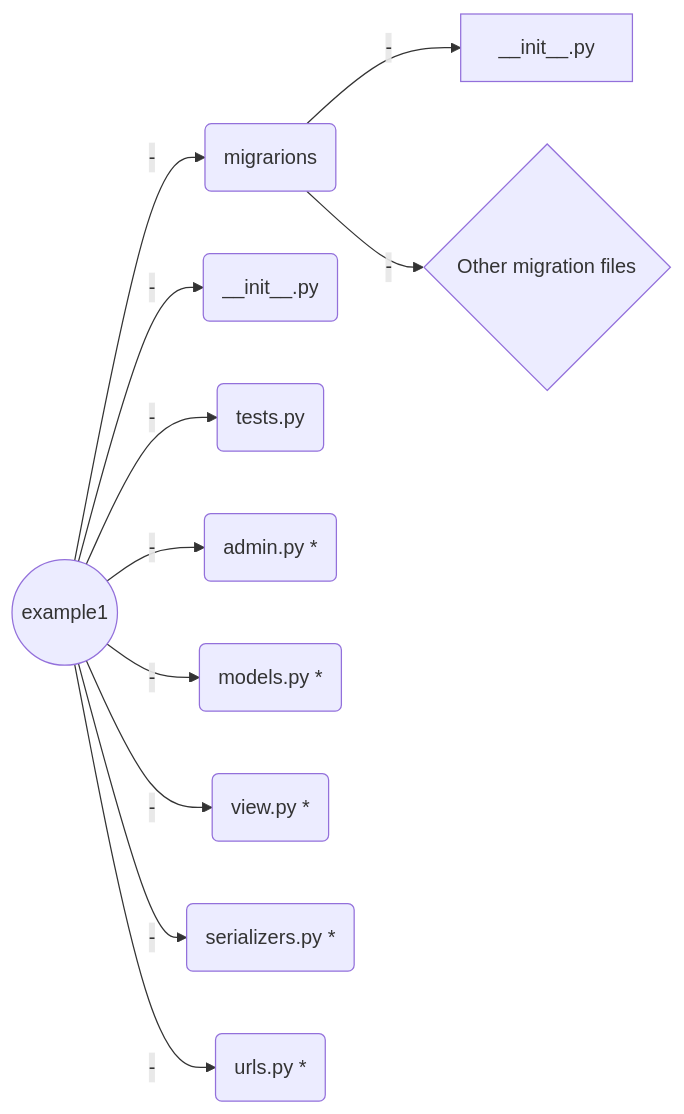
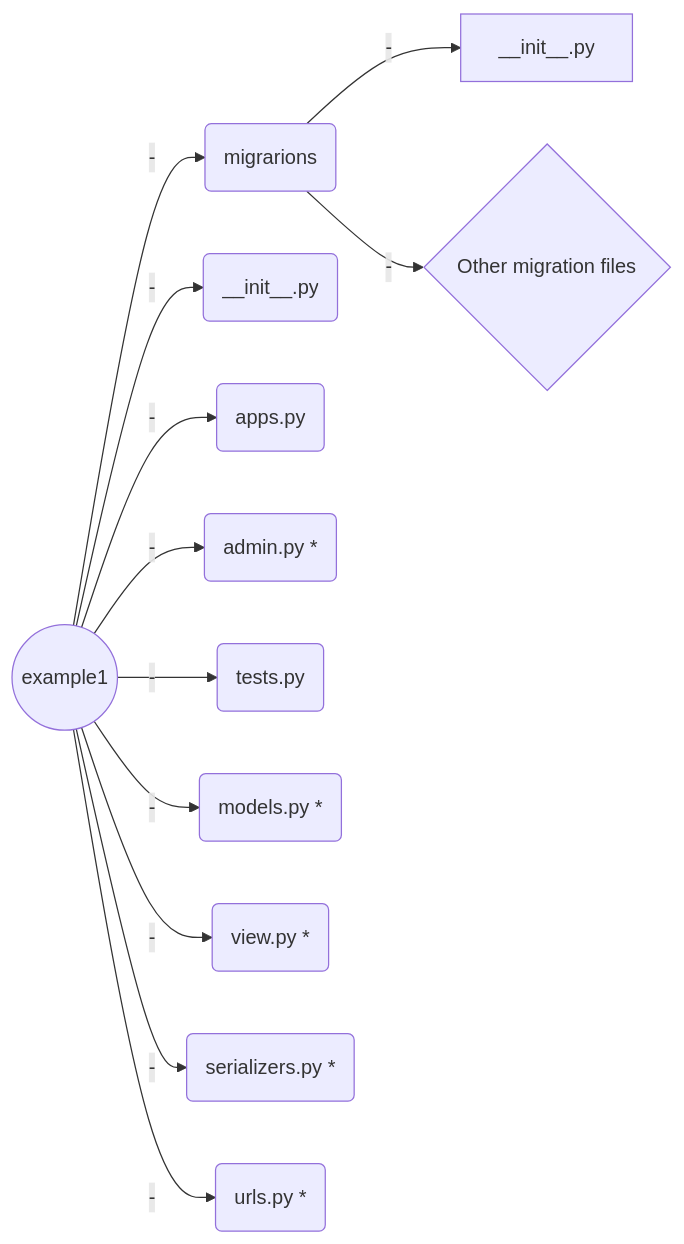
One commit to LooDaHu/ARORA_General_-Introduction changed the first of 3 diagrams in Welcome file.md. Above: the diagram before and after it, drawn with Mermaid. The commit also changed other lines of this file, not shown here.

````diff
--- a/Welcome file.md
+++ b/Welcome file.md
@@ -45,13 +45,14 @@
 ```mermaid
 graph LR
 A((example1)) -- - --> B(migrarions) 
 B(migrarions) -- - --> C[__init__.py]
 B(migrarions) -- - --> D{Other migration files}
 A((example1)) -- - --> E(__init__.py) 
+A((example1)) -- - --> L(apps.py)
+A((example1)) -- - --> F(admin.py *) 
 A((example1)) -- - --> K(tests.py) 
-A((example1)) -- - --> F(admin.py *) 
 A((example1)) -- - --> G(models.py *) 
 A((example1)) -- - --> H(view.py *)
 A((example1)) -- - --> I(serializers.py *)
 A((example1)) -- - --> J(urls.py *)
 ```
````
